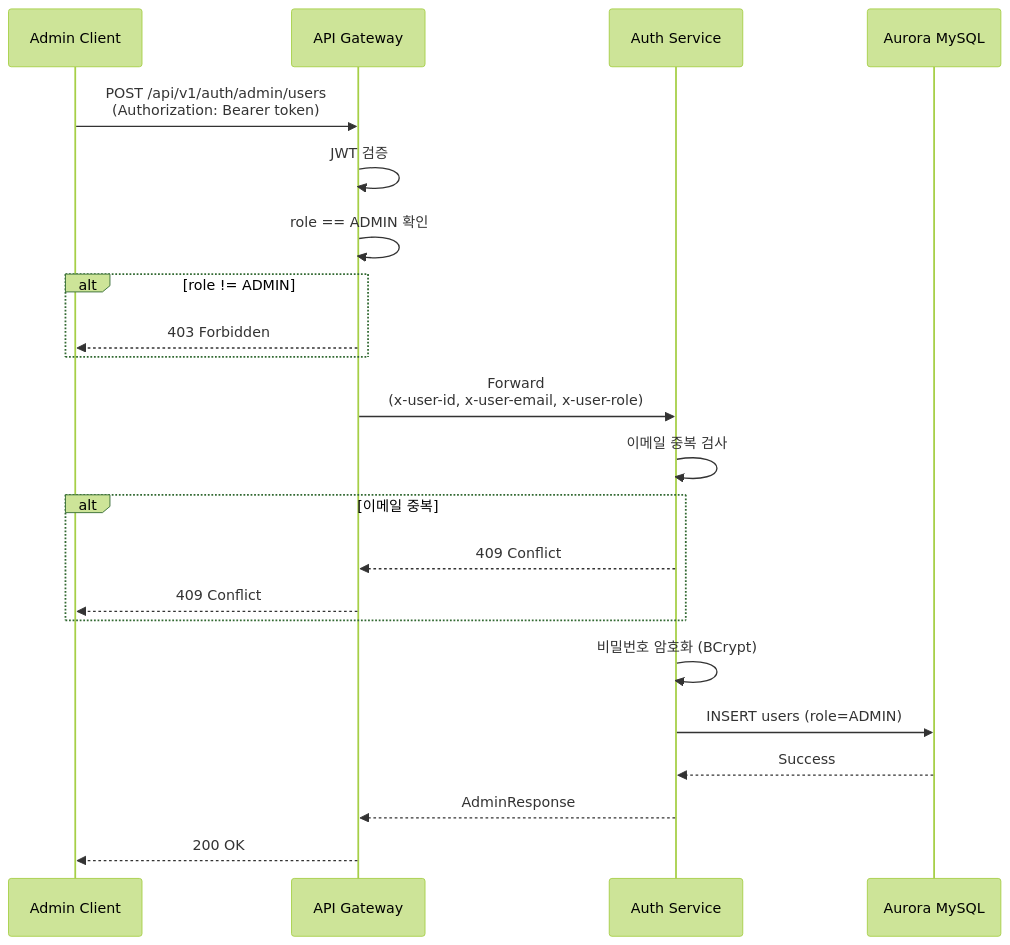
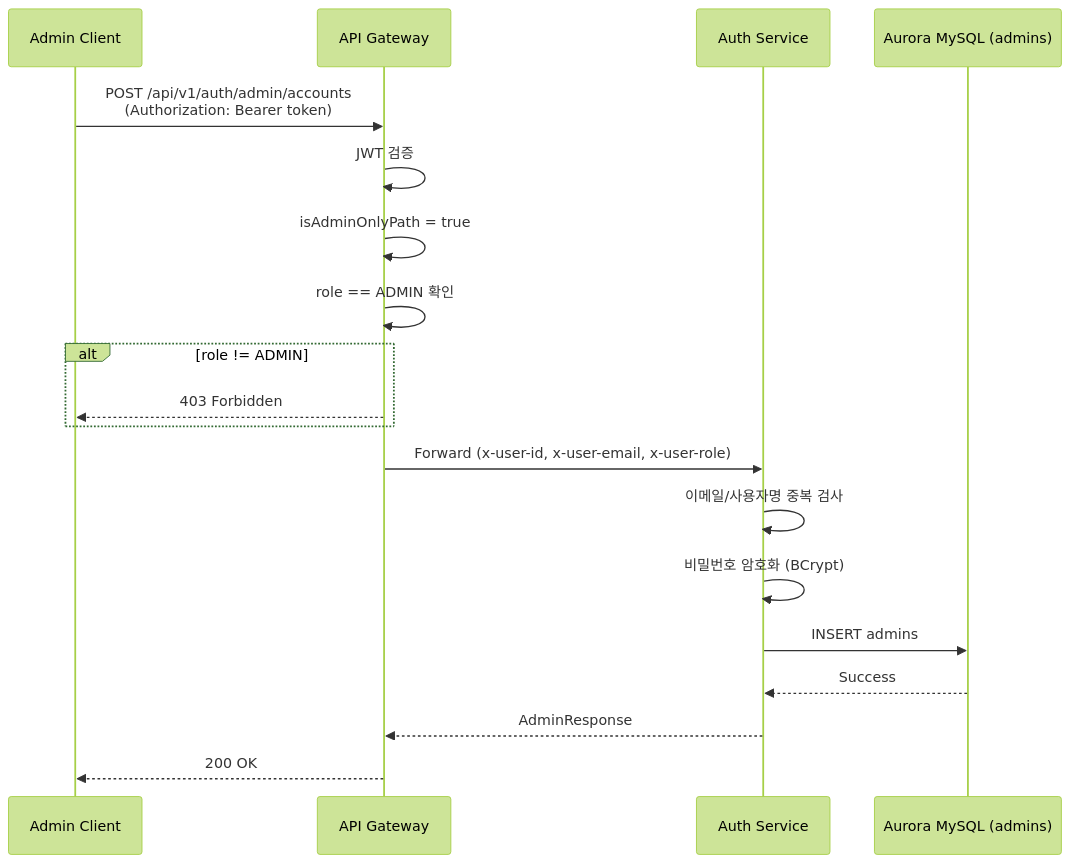
The first of 3 diagrams in docs/reference/admin-role-based-auth-design.md (thswlsqls/tech-n-ai), drawn with Mermaid (forest theme) before and after one commit. The commit also changed other lines of this file and 6 other files, not shown here.

````diff
--- a/docs/reference/admin-role-based-auth-design.md
+++ b/docs/reference/admin-role-based-auth-design.md
@@ -910,29 +887,24 @@
 ```mermaid
 sequenceDiagram
     participant Admin as Admin Client
     participant Gateway as API Gateway
     participant Auth as Auth Service
-    participant DB as Aurora MySQL
+    participant DB as Aurora MySQL (admins)
 
-    Admin->>Gateway: POST /api/v1/auth/admin/users<br/>(Authorization: Bearer token)
+    Admin->>Gateway: POST /api/v1/auth/admin/accounts<br/>(Authorization: Bearer token)
     Gateway->>Gateway: JWT 검증
+    Gateway->>Gateway: isAdminOnlyPath = true
     Gateway->>Gateway: role == ADMIN 확인
 
     alt role != ADMIN
         Gateway-->>Admin: 403 Forbidden
     end
 
-    Gateway->>Auth: Forward<br/>(x-user-id, x-user-email, x-user-role)
-    Auth->>Auth: 이메일 중복 검사
-
-    alt 이메일 중복
-        Auth-->>Gateway: 409 Conflict
-        Gateway-->>Admin: 409 Conflict
-    end
-
+    Gateway->>Auth: Forward (x-user-id, x-user-email, x-user-role)
+    Auth->>Auth: 이메일/사용자명 중복 검사
     Auth->>Auth: 비밀번호 암호화 (BCrypt)
-    Auth->>DB: INSERT users (role=ADMIN)
+    Auth->>DB: INSERT admins
     DB-->>Auth: Success
     Auth-->>Gateway: AdminResponse
     Gateway-->>Admin: 200 OK
 ```
````
